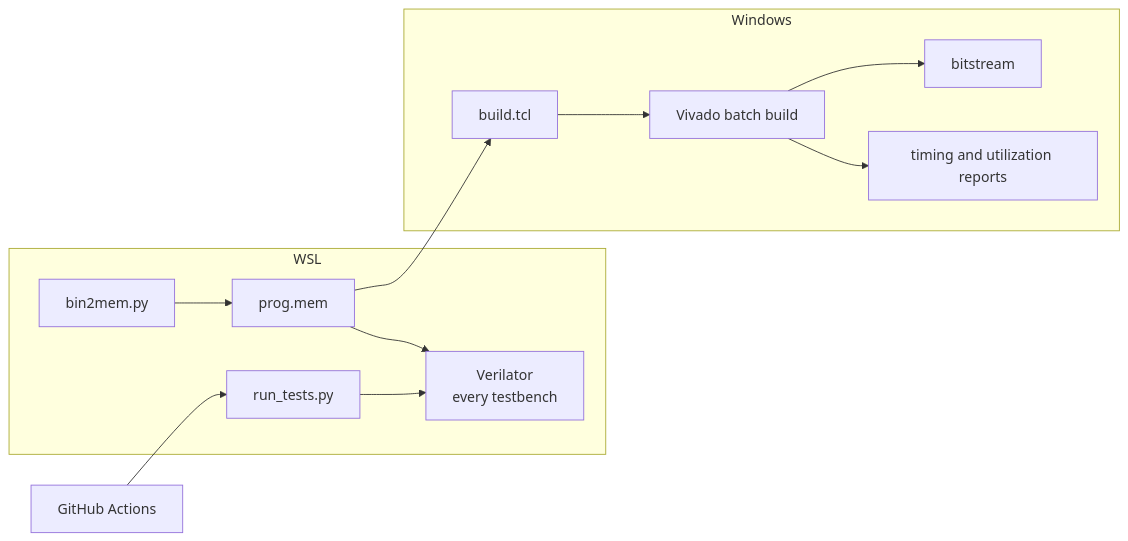
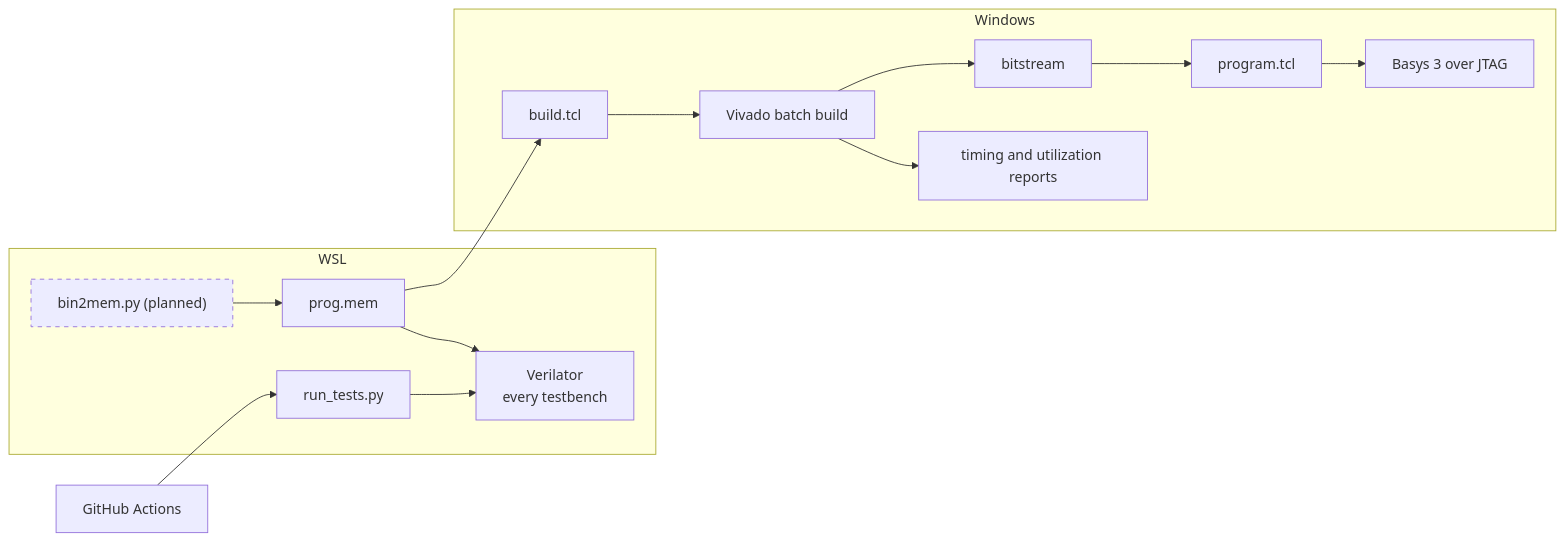
The diagram in scripts/README.md (Nishant150876/risc-v-computer), drawn with Mermaid before and after one commit. The commit also changed other lines of this file and 18 other files, not shown here.

````diff
--- a/scripts/README.md
+++ b/scripts/README.md
@@ -33,15 +68,18 @@
 ```mermaid
 flowchart LR
     subgraph WSL["WSL"]
         RT["run_tests.py"] --> VER["Verilator<br/>every testbench"]
-        B2M["bin2mem.py"] --> MEMF["prog.mem"]
+        B2M["bin2mem.py (planned)"] --> MEMF["prog.mem"]
     end
     subgraph WIN["Windows"]
         BT["build.tcl"] --> VIV["Vivado batch build"]
         VIV --> BIT["bitstream"]
         VIV --> REP["timing and utilization reports"]
+        BIT --> PT["program.tcl"]
+        PT --> BOARD["Basys 3 over JTAG"]
     end
     MEMF --> VER
     MEMF --> BT
     CI["GitHub Actions"] --> RT
+    style B2M stroke-dasharray: 5 5
 ```
````
